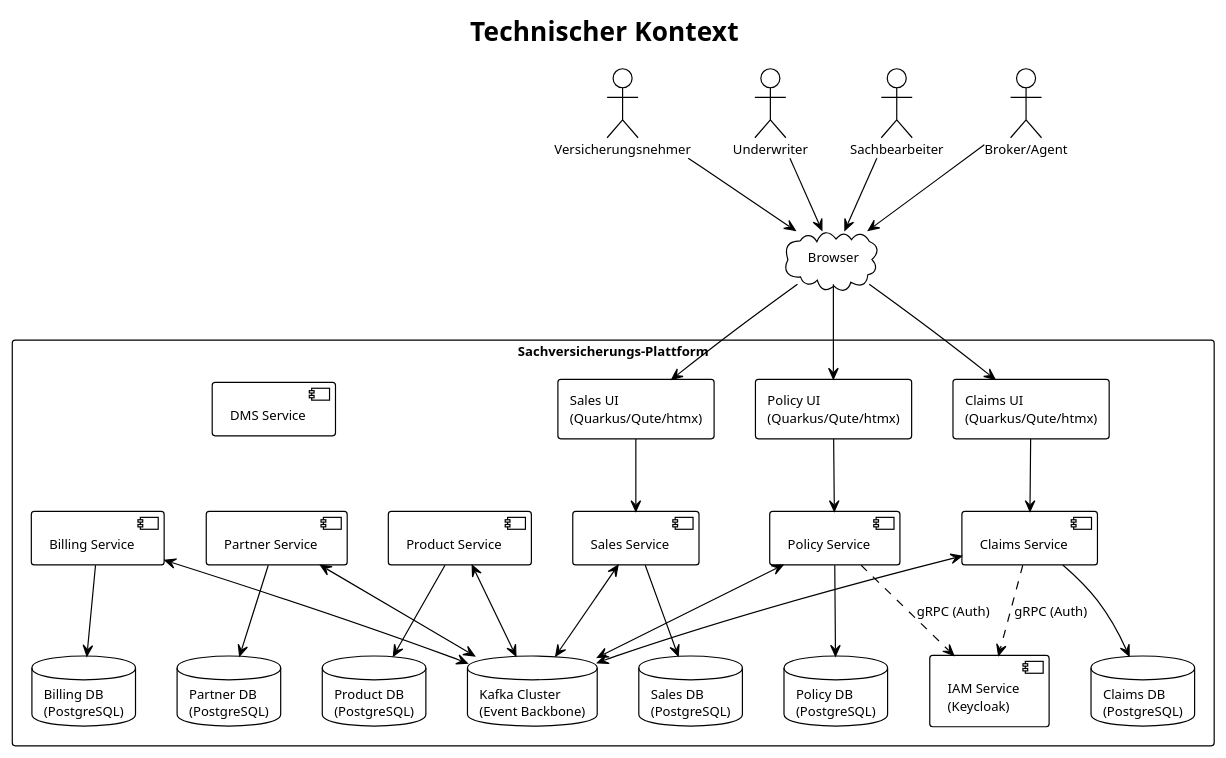
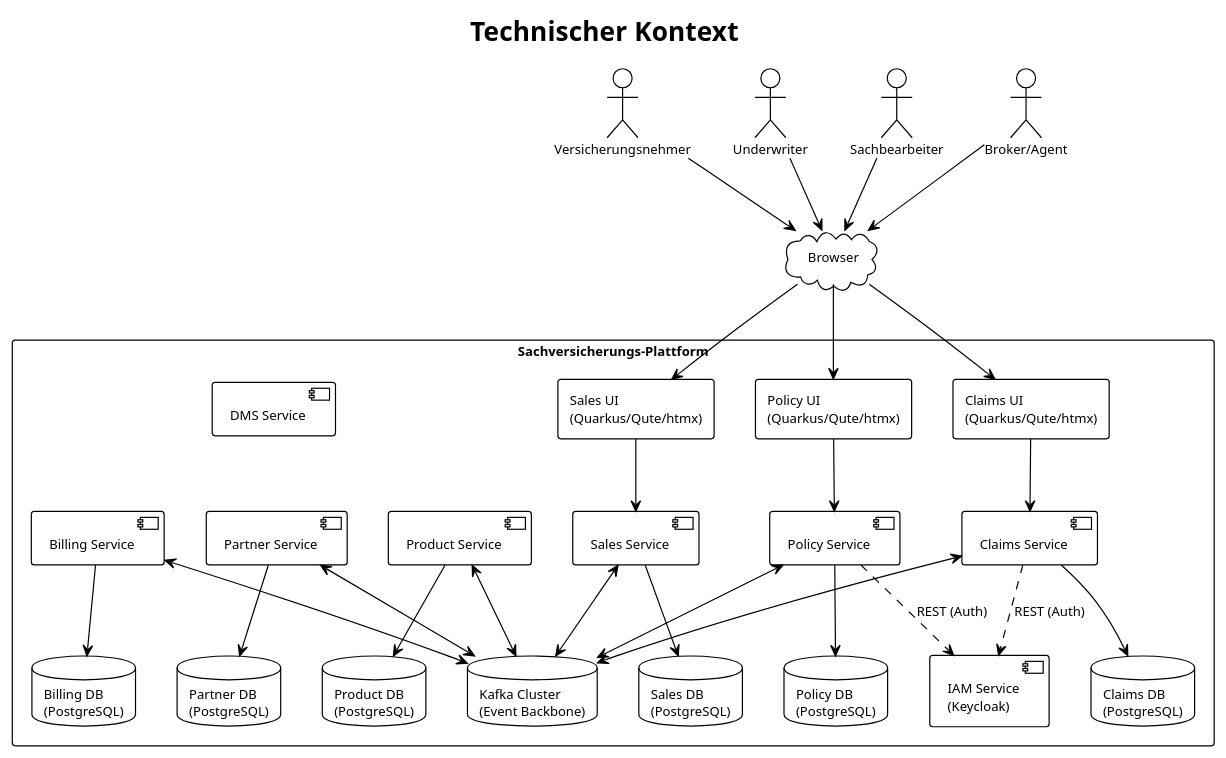
The second of 13 diagrams in specs/arc42.md (LukasW/datamesh), drawn with PlantUML before and after one commit. The commit also changed other lines of this file and 77 other files, not shown here.

````diff
--- a/specs/arc42.md
+++ b/specs/arc42.md
@@ -128,69 +128,69 @@
 ```plantuml
 @startuml tech-context
 !theme plain
 skinparam defaultFontSize 11
 
 title Technischer Kontext
 
 actor "Versicherungsnehmer" as VN
 actor "Underwriter" as UW
 actor "Sachbearbeiter" as SB
 actor "Broker/Agent" as BR
 
 cloud "Browser" as BROWSER
 
 rectangle "Sachversicherungs-Plattform" {
   rectangle "Policy UI\n(Quarkus/Qute/htmx)" as POLUI
   rectangle "Claims UI\n(Quarkus/Qute/htmx)" as CLMUI
   rectangle "Sales UI\n(Quarkus/Qute/htmx)" as SALUI
 
   component "Policy Service" as POLSVC
   component "Claims Service" as CLMSVC
   component "Product Service" as PRODSVC
   component "Partner Service" as PARTSVC
   component "Billing Service" as BILSVC
   component "Sales Service" as SALSVC
   component "DMS Service" as DMSSVC
   component "IAM Service\n(Keycloak)" as IAMSVC
 
   database "Kafka Cluster\n(Event Backbone)" as KAFKA
   database "Policy DB\n(PostgreSQL)" as POLDB
   database "Claims DB\n(PostgreSQL)" as CLMDB
   database "Billing DB\n(PostgreSQL)" as BILDB
   database "Product DB\n(PostgreSQL)" as PRODDB
   database "Partner DB\n(PostgreSQL)" as PARTDB
   database "Sales DB\n(PostgreSQL)" as SALESDB
 }
 
 VN --> BROWSER
 UW --> BROWSER
 SB --> BROWSER
 BR --> BROWSER
 
 BROWSER --> POLUI
 BROWSER --> CLMUI
 BROWSER --> SALUI
 
 POLUI --> POLSVC
 CLMUI --> CLMSVC
 SALUI --> SALSVC
 
 POLSVC --> POLDB
 CLMSVC --> CLMDB
 BILSVC --> BILDB
 PRODSVC --> PRODDB
 PARTSVC --> PARTDB
 SALSVC --> SALESDB
 
 POLSVC <--> KAFKA
 CLMSVC <--> KAFKA
 BILSVC <--> KAFKA
 PRODSVC <--> KAFKA
 PARTSVC <--> KAFKA
 SALSVC <--> KAFKA
 
-POLSVC ..> IAMSVC : gRPC (Auth)
-CLMSVC ..> IAMSVC : gRPC (Auth)
+POLSVC ..> IAMSVC : REST (Auth)
+CLMSVC ..> IAMSVC : REST (Auth)
 
 @enduml
 ```
````
